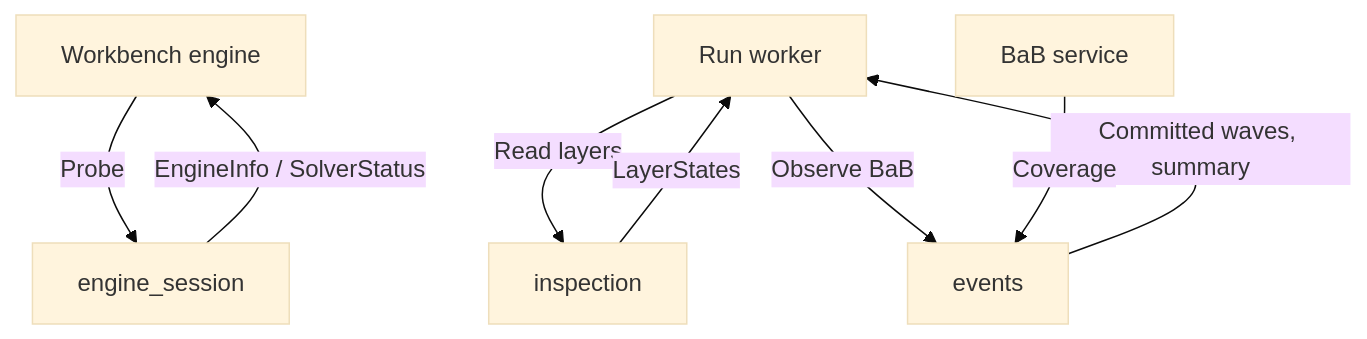
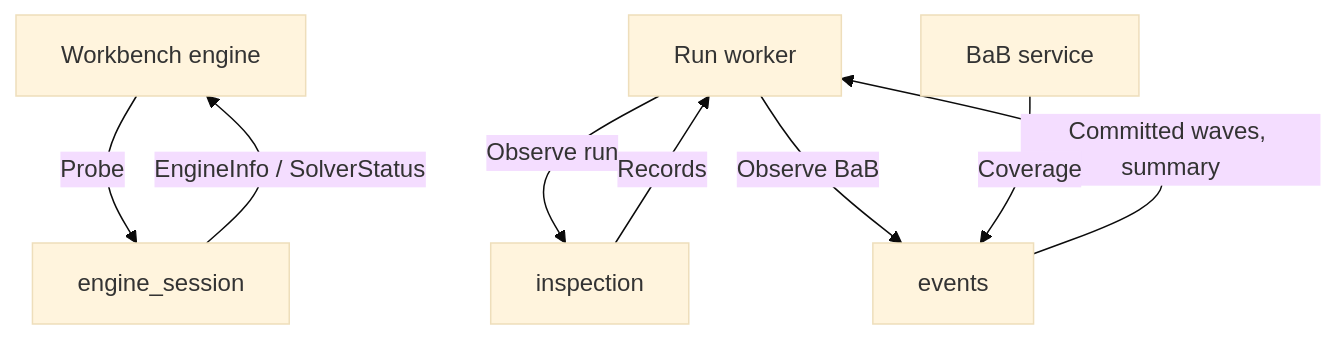
The second of 2 diagrams in engine_bridge/README.md (SVF-tools/ACT-GUI), drawn with Mermaid (base theme) before and after one commit. The commit also changed other lines of this file and 23 other files, not shown here.

````diff
--- a/engine_bridge/README.md
+++ b/engine_bridge/README.md
@@ -39,11 +39,11 @@
 ```mermaid
 flowchart TB
   Engine["Workbench engine"] -->|"Probe"| ES["engine_session"]
   ES -->|"EngineInfo / SolverStatus"| Engine
-  Worker["Run worker"] -->|"Read layers"| IN["inspection"]
-  IN -->|"LayerStates"| Worker
+  Worker["Run worker"] -->|"Observe run"| IN["inspection"]
+  IN -->|"Records"| Worker
   Worker -->|"Observe BaB"| EV["events"]
   EV -->|"Committed waves, summary"| Worker
   Bab["BaB service"] -->|"Coverage"| EV
 
 ```
````
